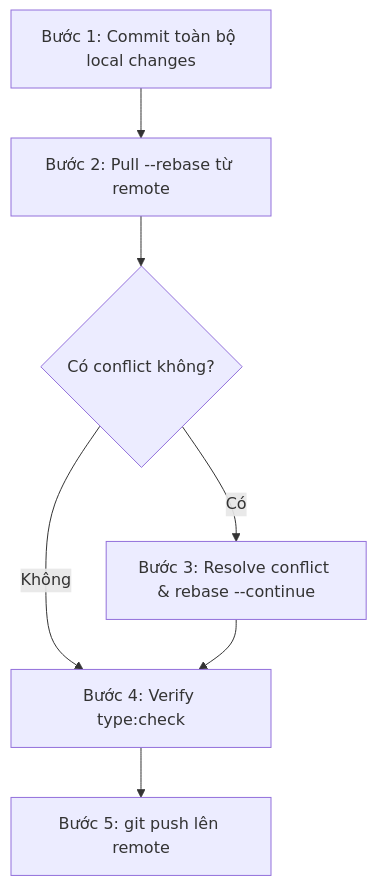
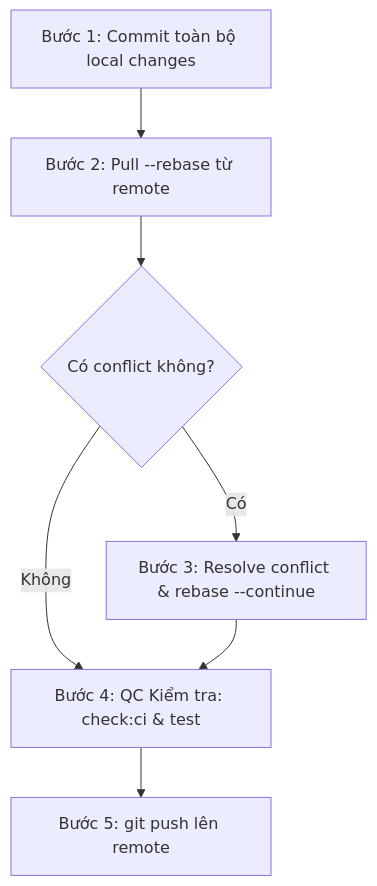
Before and after one commit to kindustries-erp/erp-api: the third of 3 diagrams in .agents/skills/erp-git-workflow/SKILL.md, drawn with Mermaid. The commit also changed other lines of this file and 2 other files, not shown here.

````diff
--- a/.agents/skills/erp-git-workflow/SKILL.md
+++ b/.agents/skills/erp-git-workflow/SKILL.md
@@ -122,9 +122,9 @@
 ```mermaid
 graph TD
     S1["Bước 1: Commit toàn bộ local changes"] --> S2["Bước 2: Pull --rebase từ remote"]
     S2 --> S3{"Có conflict không?"}
     S3 -- Có --> S4["Bước 3: Resolve conflict & rebase --continue"]
-    S3 -- Không --> S5["Bước 4: Verify type:check"]
+    S3 -- Không --> S5["Bước 4: QC Kiểm tra: check:ci & test"]
     S4 --> S5
     S5 --> S6["Bước 5: git push lên remote"]
 ```
````
